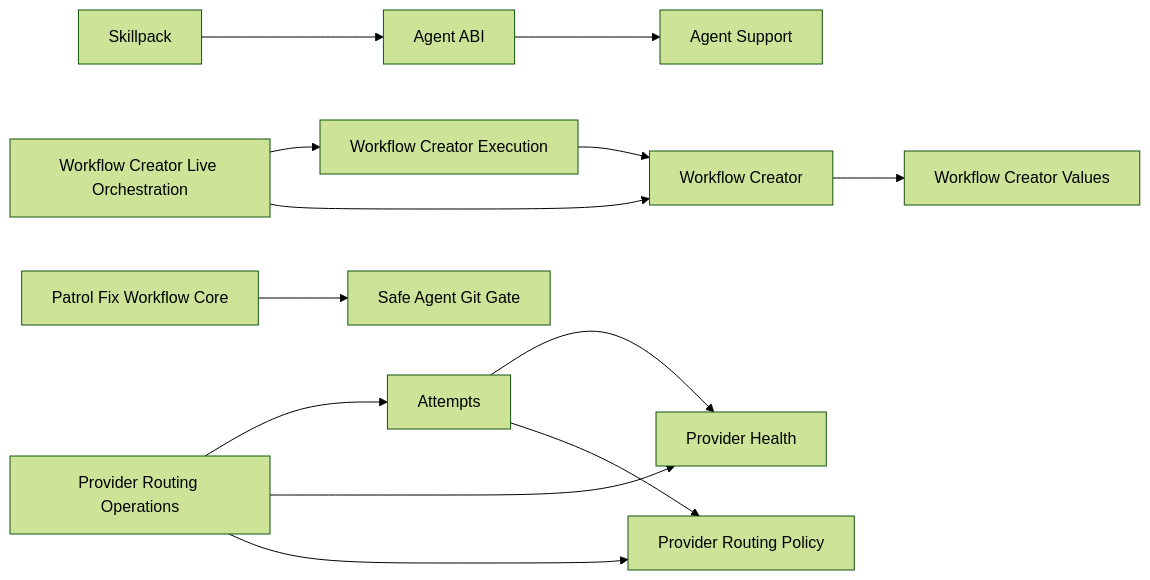
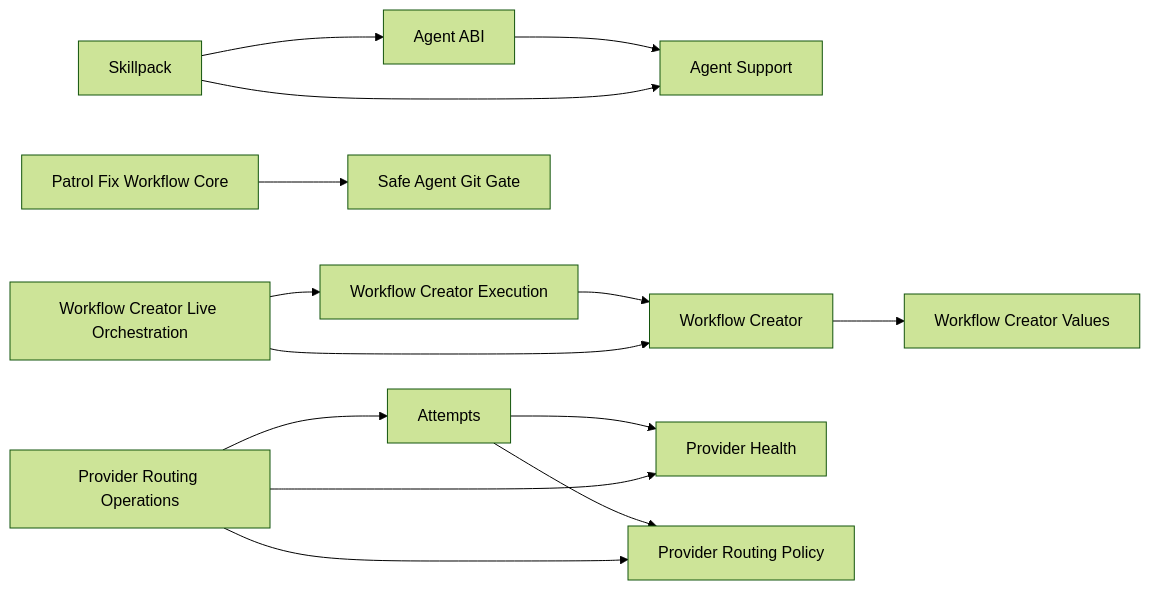
Before and after one commit to ivankuznetsov/hive: the diagram in wiki/component-boundaries.md, drawn with Mermaid (forest theme). The commit also changed 58 other files, not shown here.

Commit message:
refactor: isolate Codex agent support

````diff
--- a/wiki/component-boundaries.md
+++ b/wiki/component-boundaries.md
@@ -48,15 +48,16 @@
 ```mermaid
 flowchart LR
   agent_abi[Agent ABI] --> agent_support[Agent Support]
   skillpack[Skillpack] --> agent_abi[Agent ABI]
+  skillpack[Skillpack] --> agent_support[Agent Support]
   workflow_execution[Workflow Creator Execution] --> workflow_core[Workflow Creator]
   workflow_live[Workflow Creator Live Orchestration] --> workflow_execution
   workflow_live --> workflow_core
   workflow_core --> workflow_values[Workflow Creator Values]
   patrol_fix[Patrol Fix Workflow Core] --> git_gate[Safe Agent Git Gate]
   attempts[Attempts] --> provider_health[Provider Health]
   attempts --> provider_routing[Provider Routing Policy]
   routing_operations[Provider Routing Operations] --> attempts
   routing_operations --> provider_health
   routing_operations --> provider_routing
 ```
````
